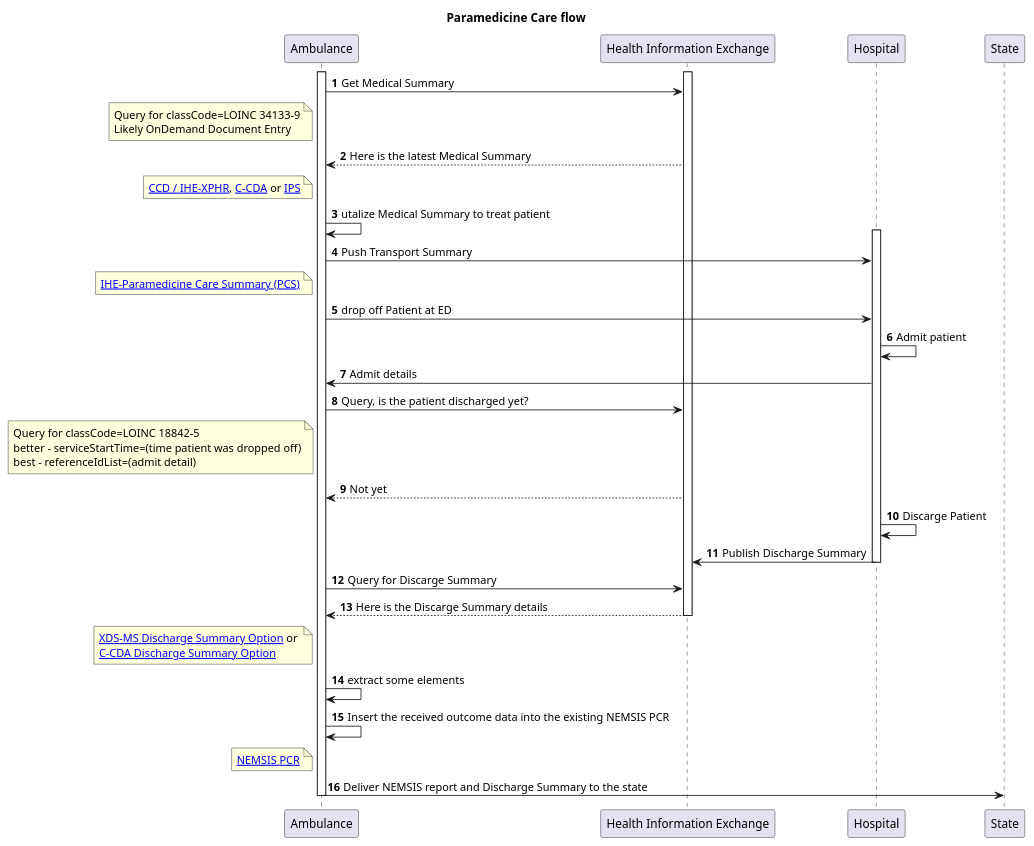
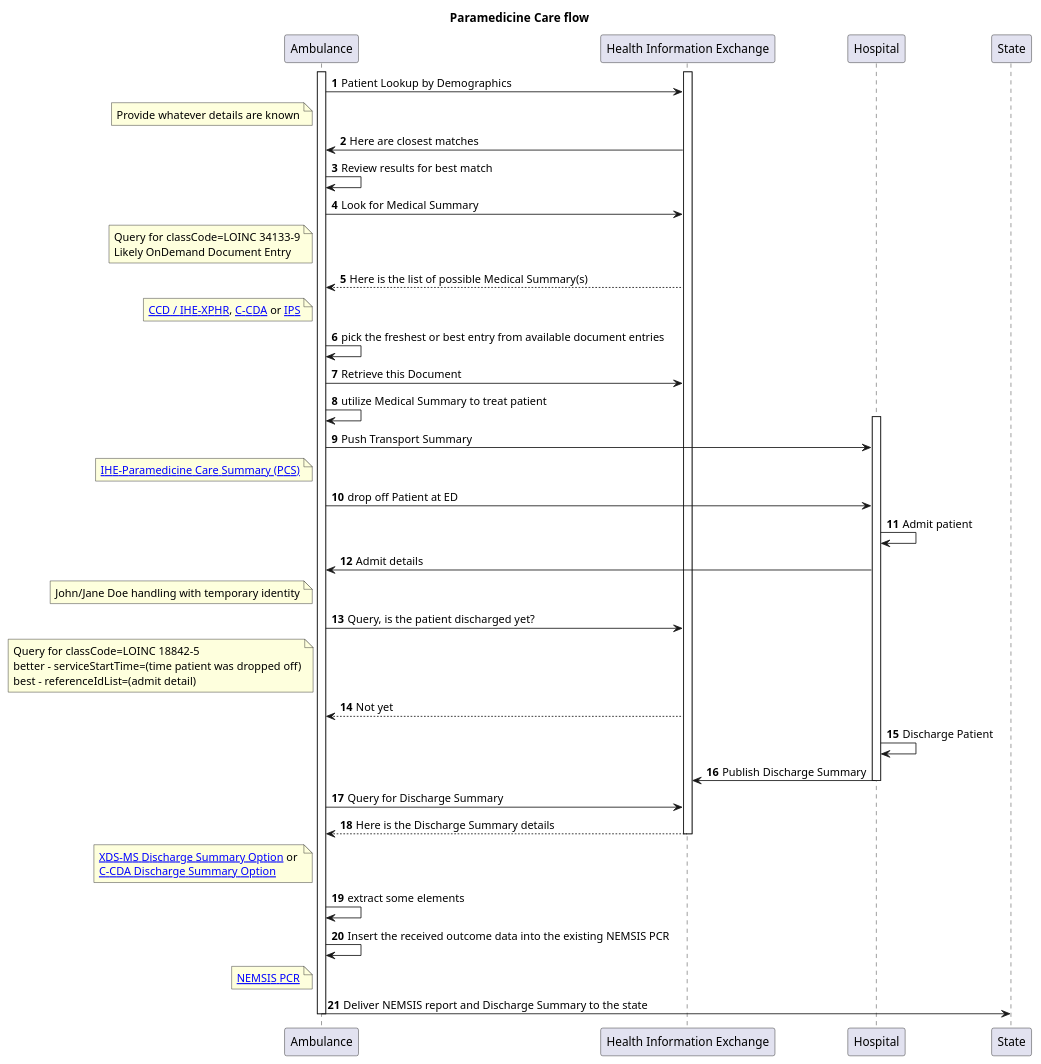
One commit to IHE/EMS-Overall changed the diagram in input/images-source/usecase1-processflow.plantuml. Above: the diagram before and after it, drawn with PlantUML.

Commit message:
add patient lookup, and best fit document selection

```diff
--- a/input/images-source/usecase1-processflow.plantuml
+++ b/input/images-source/usecase1-processflow.plantuml
@@ -1,46 +1,54 @@
 @startuml
 skinparam svgDimensionStyle false
 title Paramedicine Care flow
 participant "Ambulance" as Ambulance
 participant "Health Information Exchange" as HIE [[https://profiles.ihe.net/ITI/HIE-Whitepaper/index.html HIE-Whitepaper]]
 autonumber
 activate Ambulance
 activate HIE
-Ambulance -> HIE: Get Medical Summary
+Ambulance -> HIE: Patient Lookup by Demographics
+Note left of Ambulance: Provide whatever details are known
+Ambulance <- HIE: Here are closest matches
+Ambulance -> Ambulance: Review results for best match
+
+Ambulance -> HIE: Look for Medical Summary
 Note left of Ambulance: Query for classCode=LOINC 34133-9\nLikely OnDemand Document Entry
-Ambulance <-- HIE: Here is the latest Medical Summary
+Ambulance <-- HIE: Here is the list of possible Medical Summary(s)
 Note left of Ambulance: [[https://www.ihe.net/uploadedFiles/Documents/PCC/IHE_PCC_TF_Vol1.pdf#nameddest=4_Exchange_of_Personal_Health_R CCD / IHE-XPHR]], [[https://www.hl7.org/ccdasearch/ C-CDA]] or [[https://hl7.org/fhir/uv/ips/ IPS]]
+Ambulance -> Ambulance: pick the freshest or best entry from available document entries
 
-Ambulance -> Ambulance: utalize Medical Summary to treat patient
+Ambulance -> HIE: Retrieve this Document
+Ambulance -> Ambulance: utilize Medical Summary to treat patient
 
 activate Hospital
 Ambulance -> Hospital: Push Transport Summary 
 Note left of Ambulance: [[https://www.ihe.net//uploadedFiles/Documents/PCC/IHE_PCC_Suppl_PCS.pdf IHE-Paramedicine Care Summary (PCS)]]
 
 Ambulance -> Hospital: drop off Patient at ED
 
 Hospital-> Hospital: Admit patient
 
 Hospital -> Ambulance: Admit details
+Note left of Ambulance: John/Jane Doe handling with temporary identity
 
 Ambulance -> HIE: Query, is the patient discharged yet? 
 Note left of Ambulance: Query for classCode=LOINC 18842-5\nbetter - serviceStartTime=(time patient was dropped off)\nbest - referenceIdList=(admit detail)
 Ambulance <-- HIE: Not yet
 
-Hospital -> Hospital: Discarge Patient
+Hospital -> Hospital: Discharge Patient
 Hospital -> HIE: Publish Discharge Summary
 deactivate Hospital
 
-Ambulance -> HIE: Query for Discarge Summary
-Ambulance <-- HIE: Here is the Discarge Summary details
+Ambulance -> HIE: Query for Discharge Summary
+Ambulance <-- HIE: Here is the Discharge Summary details
 Note left of Ambulance: [[https://www.ihe.net/uploadedFiles/Documents/PCC/IHE_PCC_TF_Vol1.pdf#nameddest=3_4_2_2_Discharge_Summary_Optio XDS-MS Discharge Summary Option]] or \n[[https://www.hl7.org/ccdasearch/templates/2.16.840.1.113883.10.20.22.1.8.html C-CDA Discharge Summary Option]]
 deactivate HIE
 
 Ambulance -> Ambulance: extract some elements
 Ambulance -> Ambulance: Insert the received outcome data into the existing NEMSIS PCR
 Note left of Ambulance: [[https://nemsis.org/technical-resources NEMSIS PCR]]
 Ambulance -> State: Deliver NEMSIS report and Discharge Summary to the state
 
 deactivate Ambulance
 
 @enduml
```
